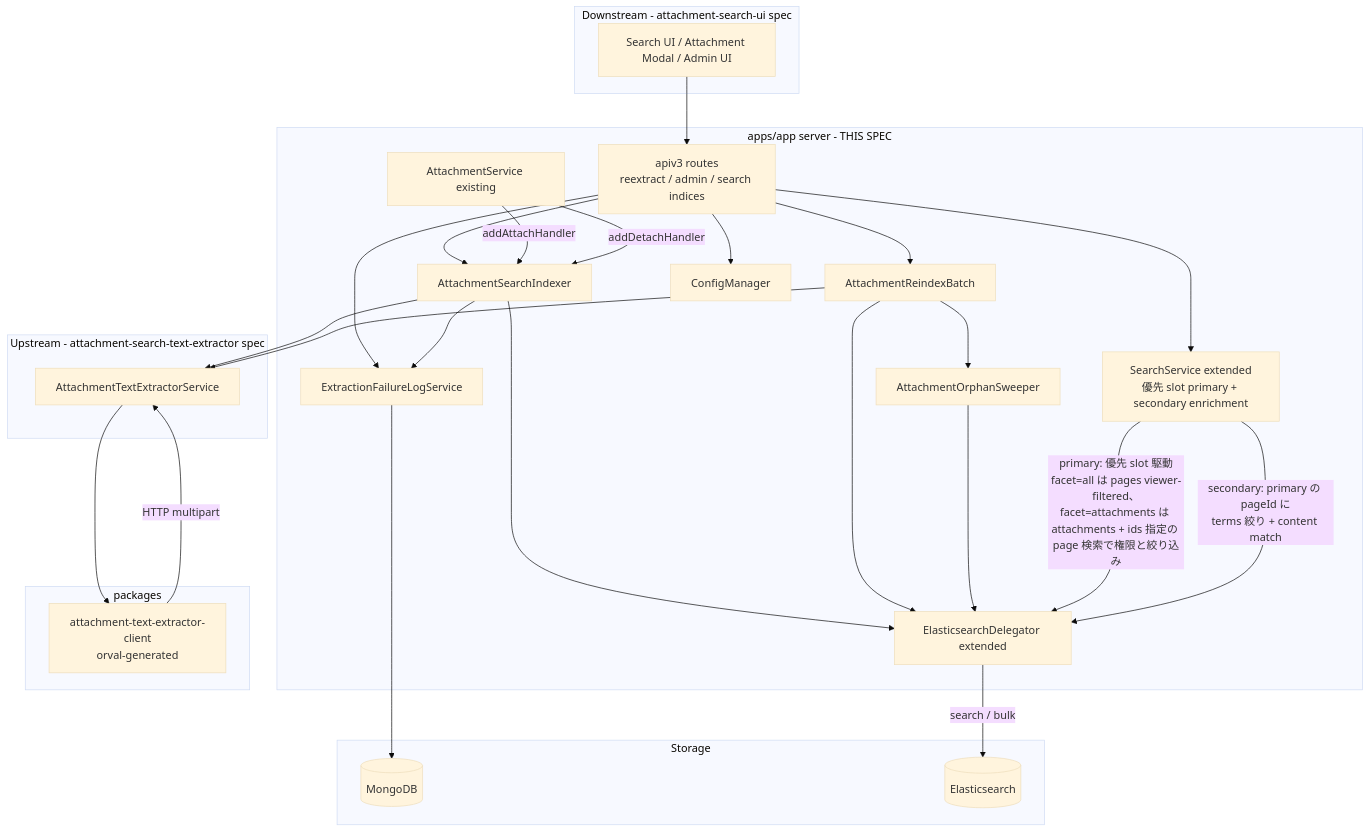
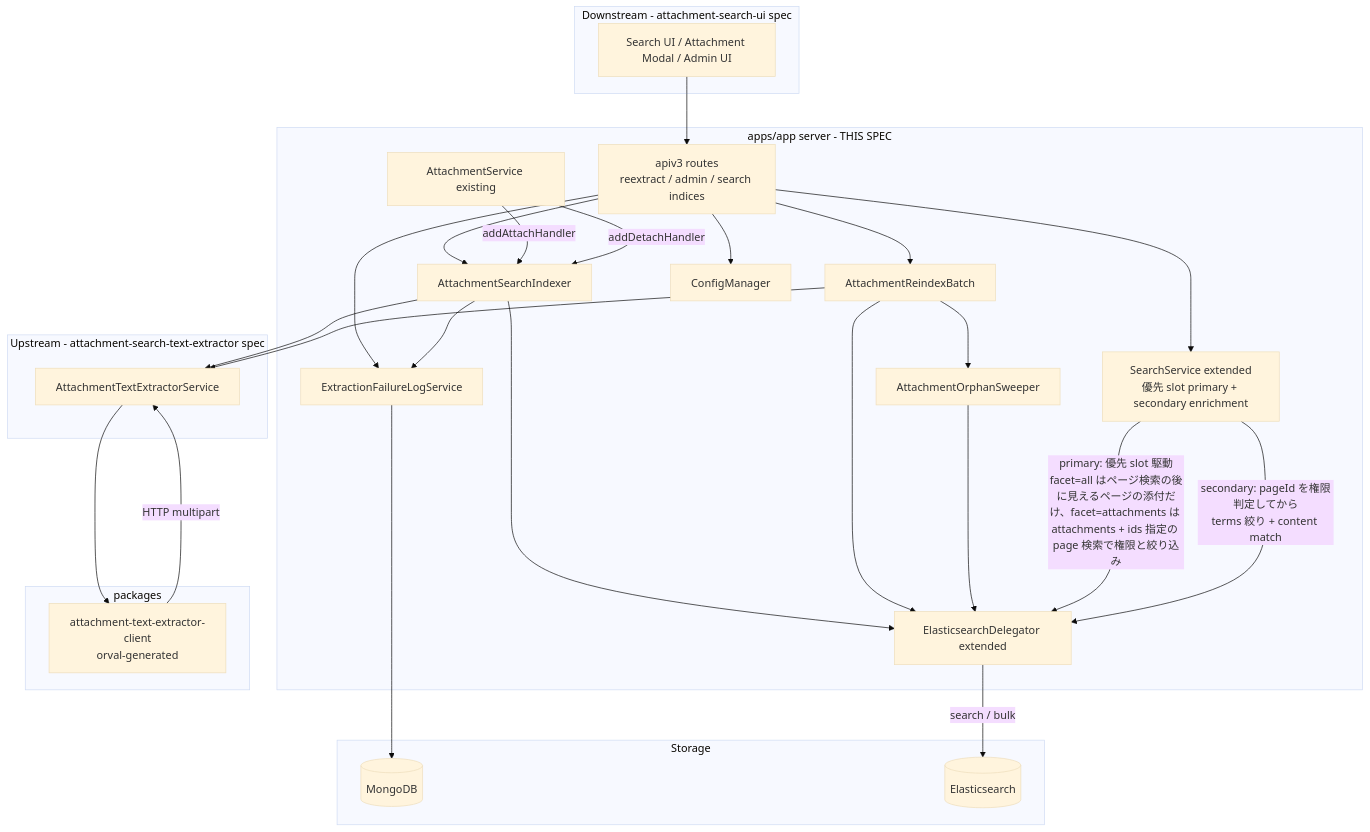
Before and after one commit to growilabs/growi: the first of 6 diagrams in .kiro/specs/attachment-search-indexing/design.md, drawn with Mermaid (base theme). The commit also changed other lines of this file and 6 other files, not shown here.

````diff
--- a/.kiro/specs/attachment-search-indexing/design.md
+++ b/.kiro/specs/attachment-search-indexing/design.md
@@ -108,58 +112,58 @@
 ```mermaid
 graph TB
     subgraph upstream [Upstream - attachment-search-text-extractor spec]
         Extractor[抽出サービス /extract]
     end
 
     subgraph downstream [Downstream - attachment-search-ui spec]
         UI[Search UI / Attachment Modal / Admin UI]
     end
 
     subgraph apps_app [apps/app server - THIS SPEC]
         ApiV3[apiv3 routes<br/>reextract / admin / search indices]
         SearchService[SearchService extended<br/>優先 slot primary + secondary enrichment]
         ESDelegator[ElasticsearchDelegator extended]
         AttachmentService[AttachmentService existing]
         Indexer[AttachmentSearchIndexer]
         Extractor[AttachmentTextExtractorService]
         ReindexBatch[AttachmentReindexBatch]
         OrphanSweeper[AttachmentOrphanSweeper]
         FailureLog[ExtractionFailureLogService]
         ConfigManager[ConfigManager]
     end
 
     subgraph client_pkg [packages]
         Client[attachment-text-extractor-client<br/>orval-generated]
     end
 
     subgraph storage [Storage]
         Mongo[(MongoDB)]
         ES[(Elasticsearch)]
     end
 
     UI --> ApiV3
     ApiV3 --> SearchService
     ApiV3 --> ReindexBatch
     ApiV3 --> Indexer
     ApiV3 --> FailureLog
     ApiV3 --> ConfigManager
 
     AttachmentService -->|addAttachHandler| Indexer
     AttachmentService -->|addDetachHandler| Indexer
 
     Indexer --> Extractor
     Indexer --> ESDelegator
     Indexer --> FailureLog
     ReindexBatch --> Extractor
     ReindexBatch --> ESDelegator
     ReindexBatch --> OrphanSweeper
     OrphanSweeper --> ESDelegator
 
     Extractor --> Client
     Client -->|HTTP multipart| Extractor
 
-    SearchService -->|primary: 優先 slot 駆動<br/>facet=all は pages viewer-filtered、facet=attachments は attachments + ids 指定の page 検索で権限と絞り込み| ESDelegator
-    SearchService -->|secondary: primary の pageId に<br/>terms 絞り + content match| ESDelegator
+    SearchService -->|primary: 優先 slot 駆動<br/>facet=all はページ検索の後に見えるページの添付だけ、facet=attachments は attachments + ids 指定の page 検索で権限と絞り込み| ESDelegator
+    SearchService -->|secondary: pageId を権限判定してから<br/>terms 絞り + content match| ESDelegator
     ESDelegator -->|search / bulk| ES
     FailureLog --> Mongo
 ```
````
